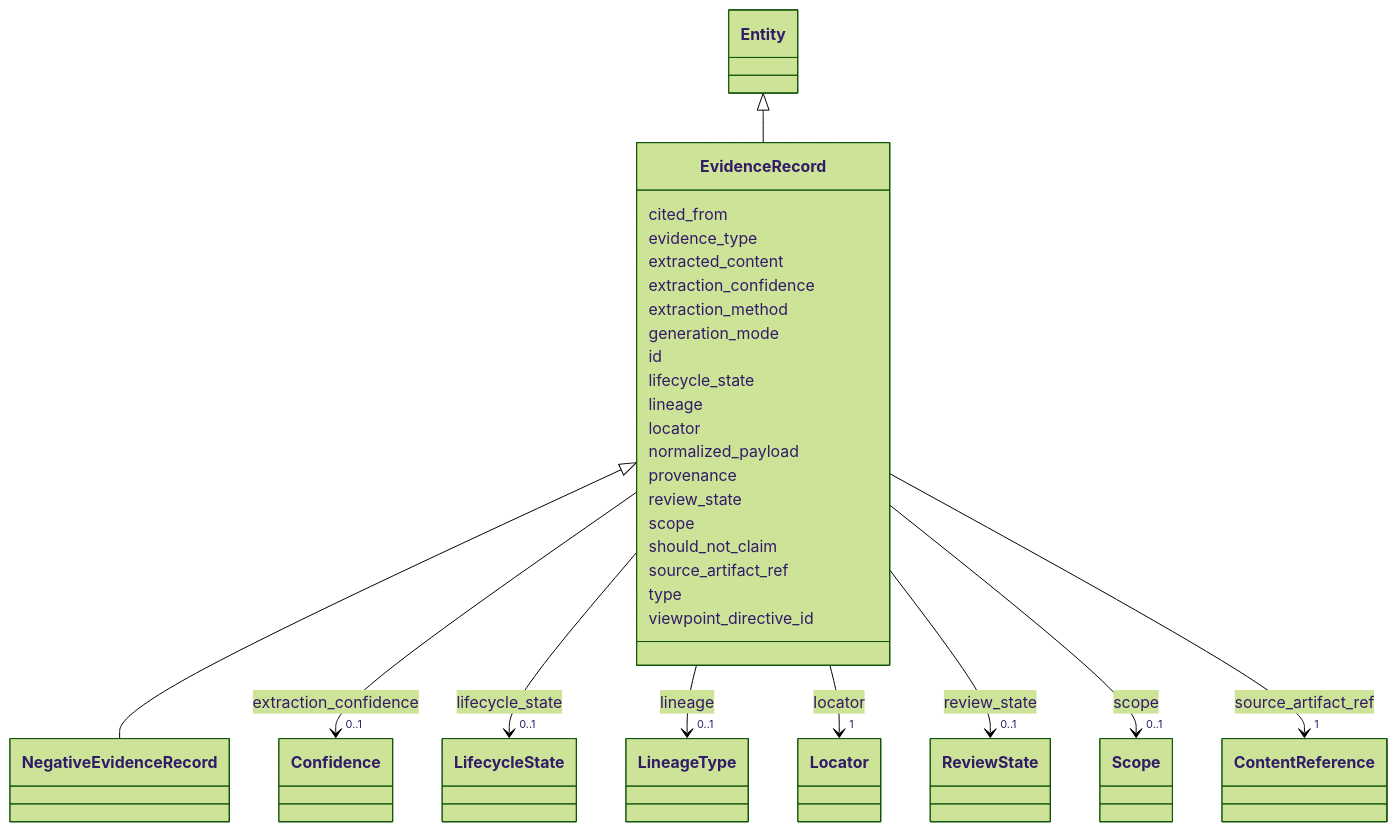
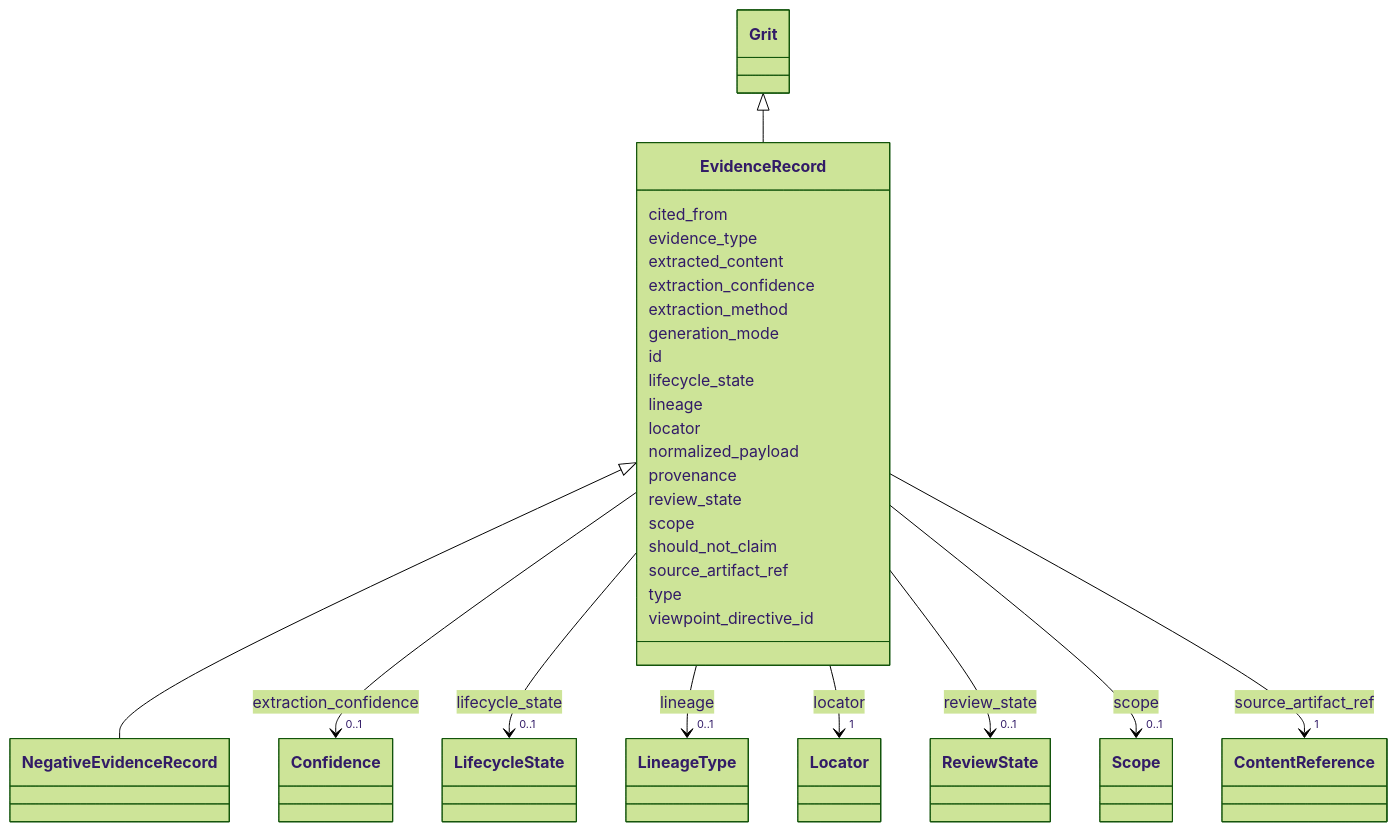
One commit to phzwart/pygrits changed the diagram in docs/EvidenceRecord.md. Above: the diagram before and after it, drawn with Mermaid (forest theme). The commit also changed other lines of this file and 184 other files, not shown here.

```diff
--- a/docs/EvidenceRecord.md
+++ b/docs/EvidenceRecord.md
@@ -24,8 +24,8 @@
  classDiagram
     class EvidenceRecord
     click EvidenceRecord href "../EvidenceRecord/"
-      Entity <|-- EvidenceRecord
-        click Entity href "../Entity/"
+      Grit <|-- EvidenceRecord
+        click Grit href "../Grit/"
       
 
       EvidenceRecord <|-- NegativeEvidenceRecord
```
